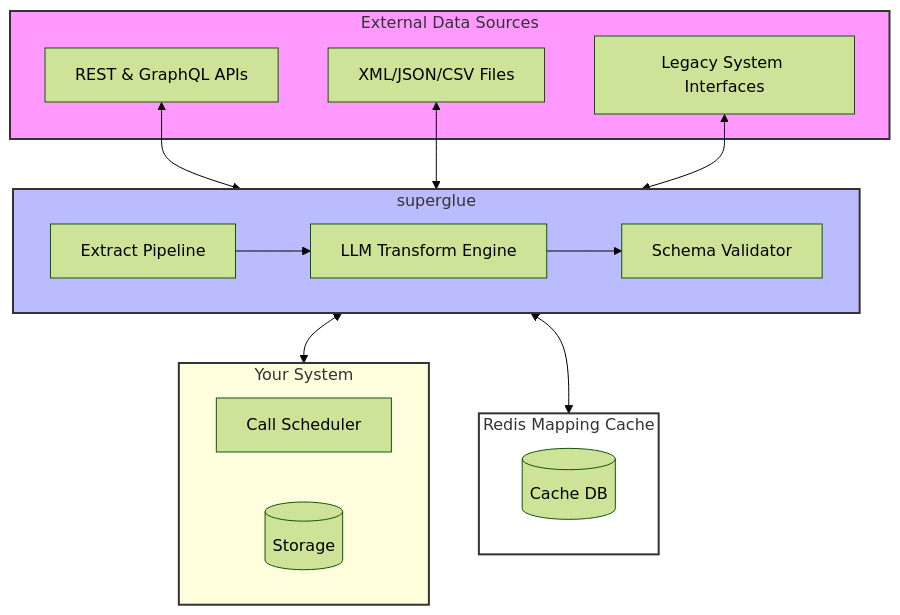
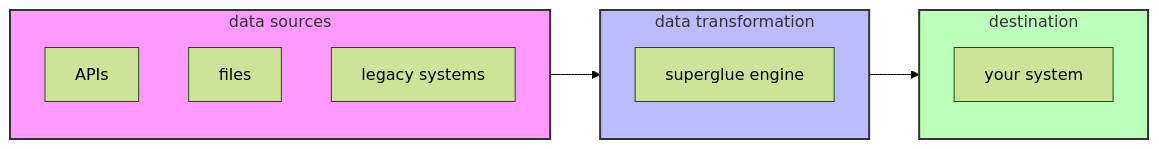
The diagram in README.md (superglue-ai/superglue), drawn with Mermaid (forest theme) before and after one commit. The commit also changed other lines of this file, not shown here.

````diff
--- a/README.md
+++ b/README.md
@@ -11,43 +18,28 @@
 ```mermaid
-flowchart TB
-    subgraph DataSources[External Data Sources]
-        A1[REST & GraphQL APIs]
-        A2[XML/JSON/CSV Files]
-        A3[Legacy System Interfaces]
+flowchart LR
+    subgraph Input[data sources]
+        A1[APIs]
+        A2[files]
+        A3[legacy systems]
     end
 
-    subgraph SuperglueLayer[superglue]
-        P1[Extract Pipeline]
-        E1[LLM Transform Engine]
-        C1[Schema Validator]
+    subgraph Process[data transformation]
+        T1[superglue engine]
     end
 
-    subgraph Redis[Redis Mapping Cache]
-        R1[(Cache DB)]
+    subgraph Output[destination]
+        D1[your system]
     end
-    
-    subgraph YourSoftware[Your System]
-        CallScheduler[Call Scheduler]
-        DB[(Storage)]
-    end
-    
 
-    %% Main data flow
-    A1 & A2 & A3 <--> SuperglueLayer
-    P1 --> E1
-    E1 --> C1
-    SuperglueLayer <--> YourSoftware
-    SuperglueLayer <--> Redis
-    
+    Input --> Process
+    Process --> Output
+
     %% Styling
     classDef sourceStyle fill:#f9f,stroke:#333,stroke-width:2px
-    classDef superglueStyle fill:#bbf,stroke:#333,stroke-width:2px
-    classDef storageStyle fill:#bfb,stroke:#333,stroke-width:2px
-    classDef supportStyle fill:#ffd,stroke:#333,stroke-width:2px
-    classDef redisStyle fill:#fff,stroke:#333,stroke-width:2px
-    
-    class DataSources sourceStyle
-    class SuperglueLayer superglueStyle
-    class Redis redisStyle
-    class YourSoftware supportStyle
+    classDef processStyle fill:#bbf,stroke:#333,stroke-width:2px
+    classDef outputStyle fill:#bfb,stroke:#333,stroke-width:2px
+
+    class Input sourceStyle
+    class Process processStyle
+    class Output outputStyle
 ```
````
